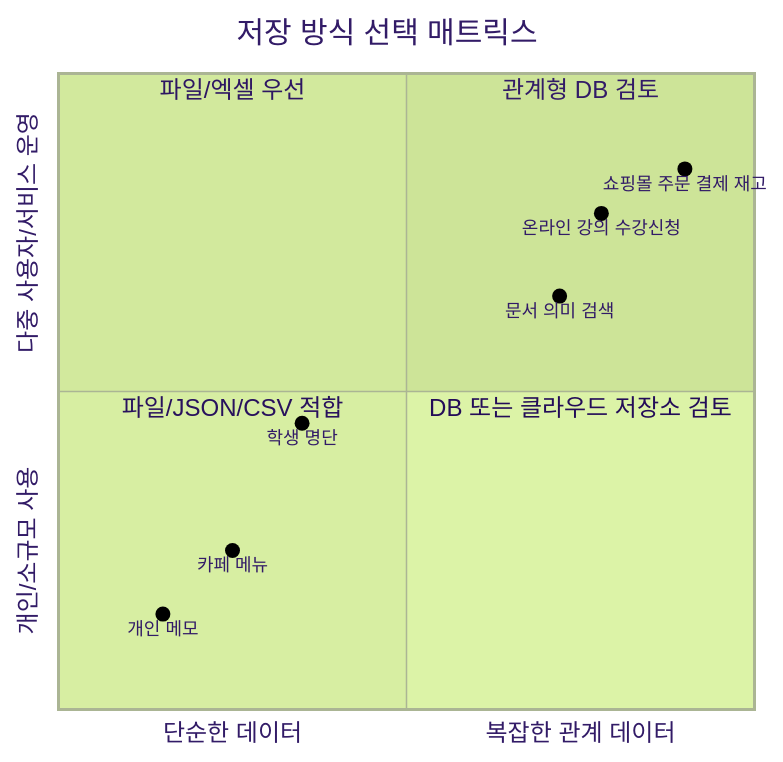
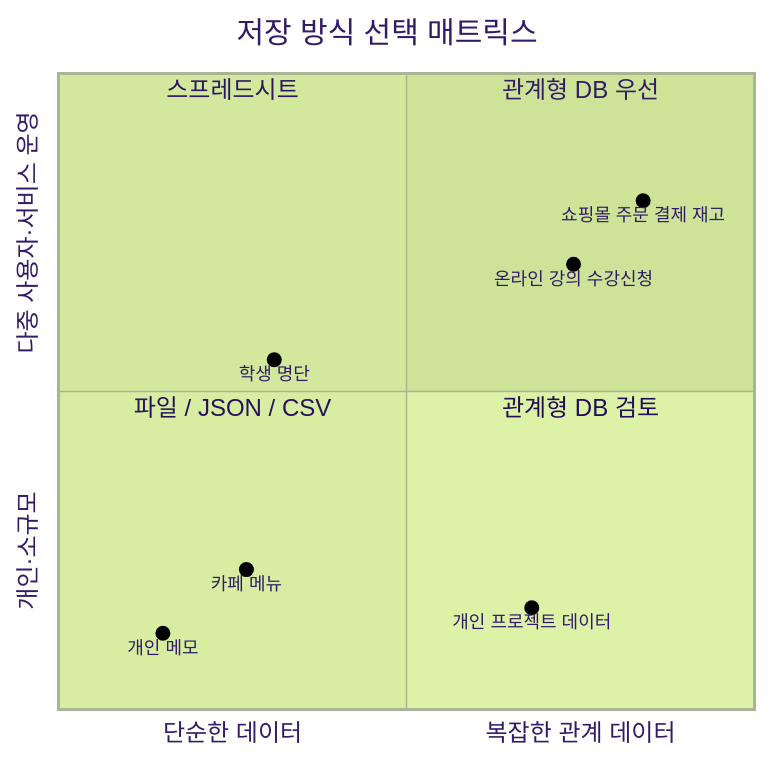
One commit to GilbertMoon/ai-database-book changed the diagram in images/chapter01/ch01_06_storage_choice_matrix.mmd. Above: the diagram before and after it, drawn with Mermaid (forest theme). The commit also changed 11 other files, not shown here.

```diff
--- a/images/chapter01/ch01_06_storage_choice_matrix.mmd
+++ b/images/chapter01/ch01_06_storage_choice_matrix.mmd
@@ -1,14 +1,18 @@
 quadrantChart
     title 저장 방식 선택 매트릭스
     x-axis 단순한 데이터 --> 복잡한 관계 데이터
-    y-axis 개인/소규모 사용 --> 다중 사용자/서비스 운영
-    quadrant-1 관계형 DB 검토
-    quadrant-2 파일/엑셀 우선
-    quadrant-3 파일/JSON/CSV 적합
-    quadrant-4 DB 또는 클라우드 저장소 검토
-    개인 메모: [0.15, 0.15]
-    카페 메뉴: [0.25, 0.25]
-    학생 명단: [0.35, 0.45]
-    온라인 강의 수강신청: [0.78, 0.78]
-    쇼핑몰 주문 결제 재고: [0.9, 0.85]
-    문서 의미 검색: [0.72, 0.65]
+    y-axis 개인·소규모 --> 다중 사용자·서비스 운영
+    quadrant-1 관계형 DB 우선
+    quadrant-2 스프레드시트
+    quadrant-3 파일 / JSON / CSV
+    quadrant-4 관계형 DB 검토
+    개인 메모: [0.15, 0.12]
+    카페 메뉴: [0.27, 0.22]
+    학생 명단: [0.31, 0.55]
+    개인 프로젝트 데이터: [0.68, 0.16]
+    온라인 강의 수강신청: [0.74, 0.70]
+    쇼핑몰 주문 결제 재고: [0.84, 0.80]
+
+%% 추가 요구 조건:
+%% - 세션·만료·초고속 키 조회가 중요하면 Key-Value DB 검토
+%% - 의미 기반 검색이 필요하면 Vector 기능 또는 Vector DB 추가 검토
```
